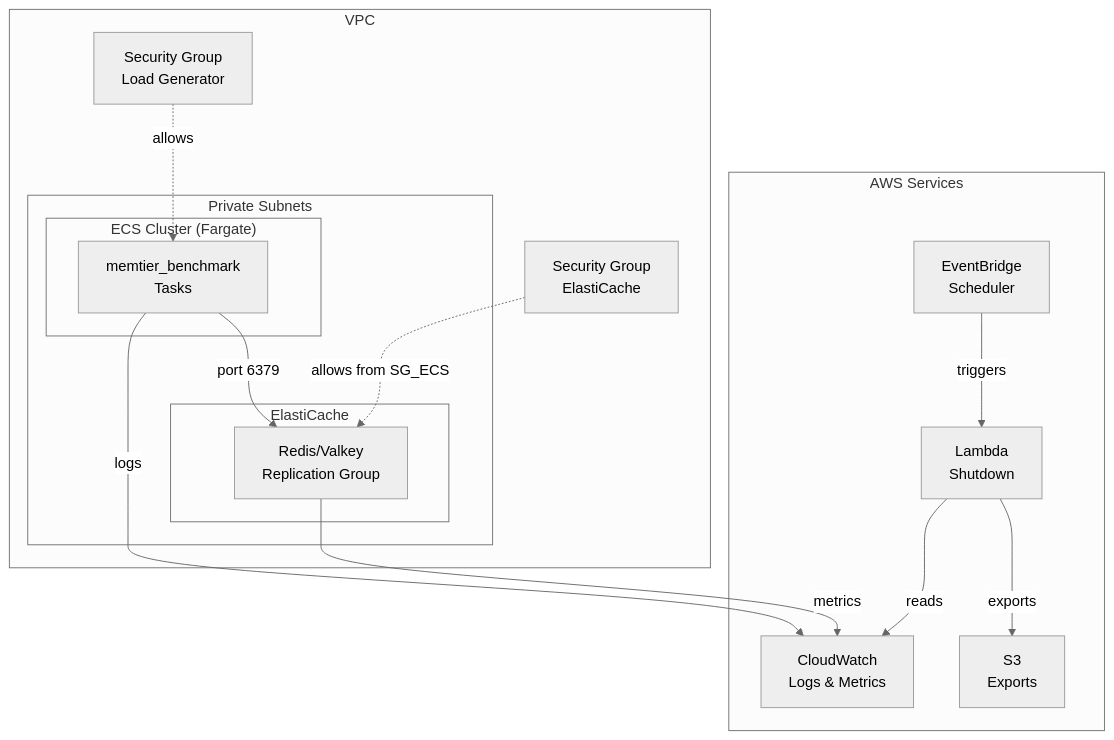
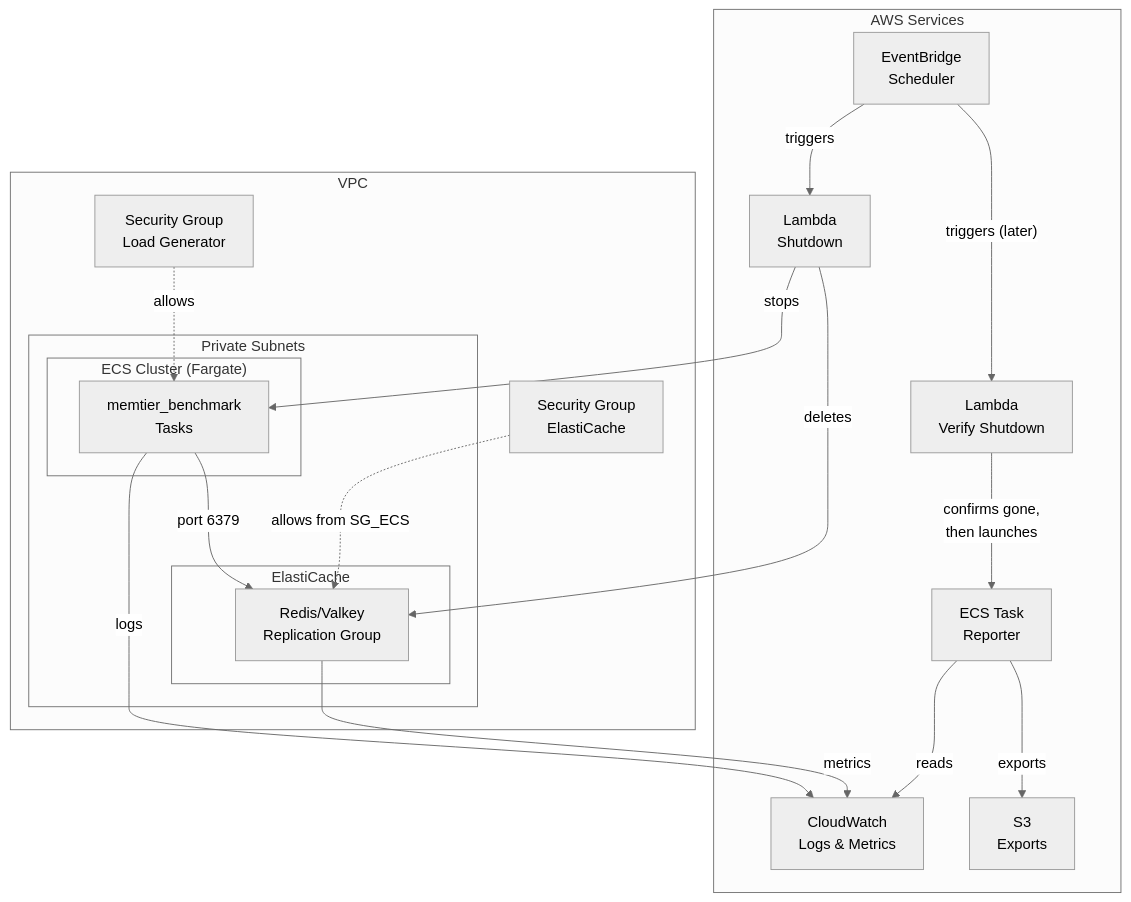
Before and after one commit to the-smallest-coder/tests-aws-elasticache-redis: the first of 2 diagrams in README.md, drawn with Mermaid (neutral theme). The commit also changed other lines of this file, not shown here.

````diff
--- a/README.md
+++ b/README.md
@@ -51,31 +51,37 @@
 ```mermaid
 flowchart TB
     subgraph VPC["VPC"]
         subgraph Subnets["Private Subnets"]
             subgraph ECS_Cluster["ECS Cluster (Fargate)"]
                 ECS_Tasks["memtier_benchmark<br/>Tasks"]
             end
             subgraph ElastiCache_Cluster["ElastiCache"]
                 Redis["Redis/Valkey<br/>Replication Group"]
             end
         end
         SG_ECS["Security Group<br/>Load Generator"]
         SG_EC["Security Group<br/>ElastiCache"]
     end
     
     subgraph AWS_Services["AWS Services"]
         EventBridge["EventBridge<br/>Scheduler"]
-        Lambda["Lambda<br/>Shutdown"]
+        Lambda_Shutdown["Lambda<br/>Shutdown"]
+        Lambda_Verify["Lambda<br/>Verify Shutdown"]
+        Reporter["ECS Task<br/>Reporter"]
         CloudWatch["CloudWatch<br/>Logs & Metrics"]
         S3["S3<br/>Exports"]
     end
     
     ECS_Tasks -->|"port 6379"| Redis
     SG_ECS -.->|allows| ECS_Tasks
     SG_EC -.->|allows from SG_ECS| Redis
     ECS_Tasks -->|logs| CloudWatch
     Redis -->|metrics| CloudWatch
-    EventBridge -->|triggers| Lambda
-    Lambda -->|reads| CloudWatch
-    Lambda -->|exports| S3
+    EventBridge -->|triggers| Lambda_Shutdown
+    EventBridge -->|"triggers (later)"| Lambda_Verify
+    Lambda_Shutdown -->|stops| ECS_Tasks
+    Lambda_Shutdown -->|deletes| Redis
+    Lambda_Verify -->|"confirms gone,<br/>then launches"| Reporter
+    Reporter -->|reads| CloudWatch
+    Reporter -->|exports| S3
 ```
````
